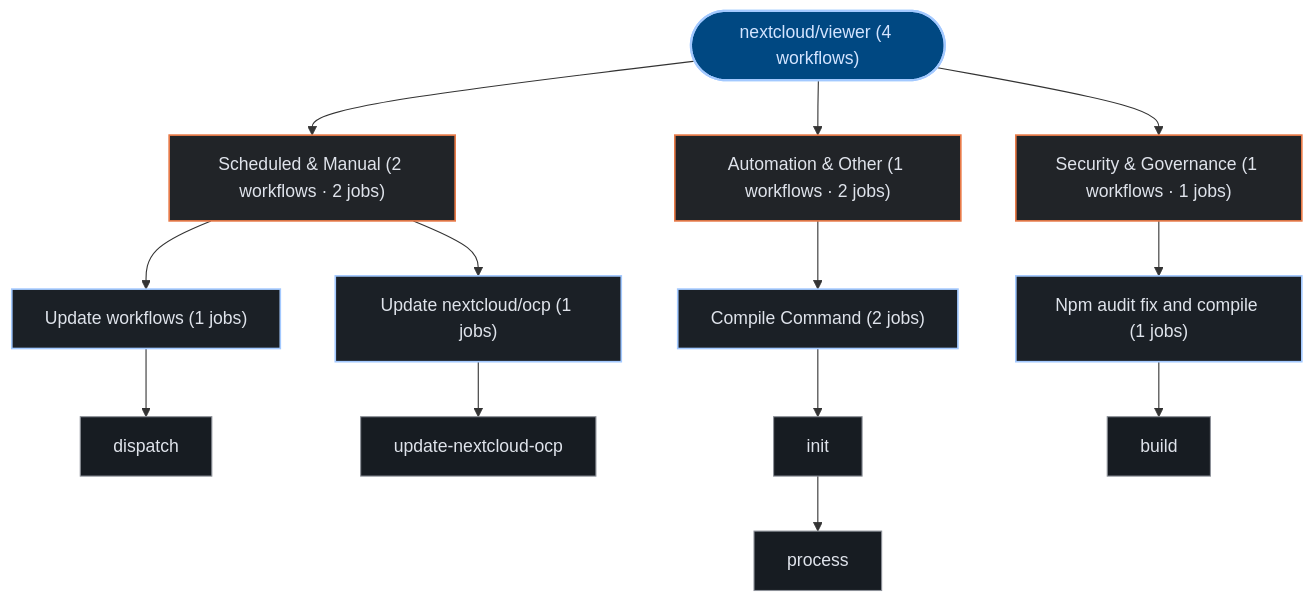
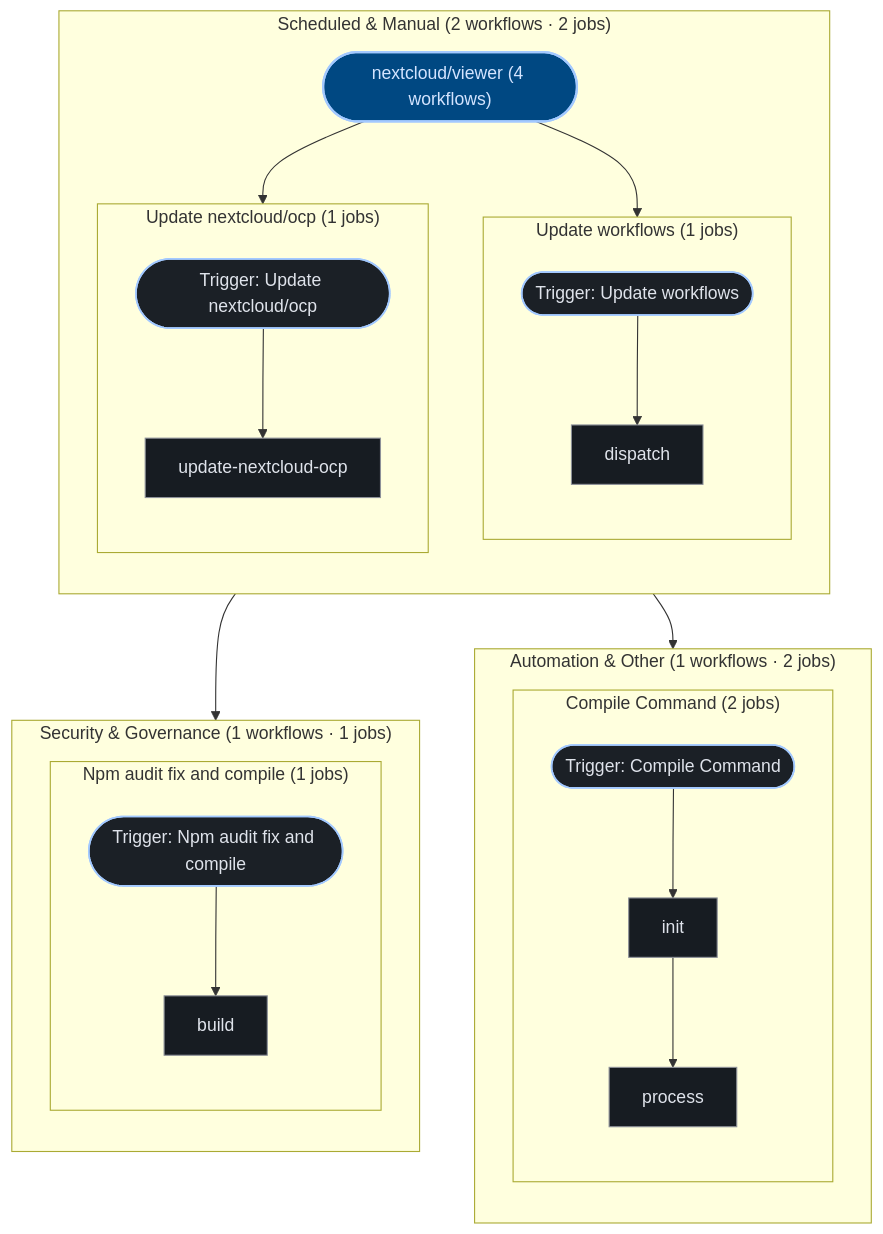
Before and after one commit to kumarshaz/atruss-code-atlas: the diagram in exports/latest/reports/nextcloud-viewer-report.md, drawn with Mermaid. The commit also changed 181 other files, not shown here.

````diff
--- a/exports/latest/reports/nextcloud-viewer-report.md
+++ b/exports/latest/reports/nextcloud-viewer-report.md
@@ -49,35 +49,50 @@
 ```mermaid
 graph TD;
   classDef atlasRoot fill:#004882,stroke:#a3c9ff,stroke-width:2px,color:#d3e4ff
   classDef atlasCategory fill:#212428,stroke:#E87A48,stroke-width:1.5px,color:#dfe3eb
   classDef atlasWorkflow fill:#1b2026,stroke:#a3c9ff,stroke-width:1.5px,color:#dfe3eb
   classDef atlasJob fill:#171c22,stroke:#8d9199,stroke-width:1px,color:#dfe3eb
   classDef atlasTarget fill:#005227,stroke:#8bd99b,stroke-width:1.5px,color:#a7f6b6
   classDef atlasAlert fill:#93000a,stroke:#ffb4ab,stroke-width:1.5px,color:#ffdad6
   classDef atlasMore fill:#252a31,stroke:#8d9199,stroke-dasharray:4 4,color:#c3c6cf
   pipeline_root(["nextcloud/viewer (4 workflows)"]):::atlasRoot
-  grp_0_Scheduled___Manual["Scheduled & Manual (2 workflows · 2 jobs)"]:::atlasCategory
-  pipeline_root --> grp_0_Scheduled___Manual
-  wf_2_Update_workflows["Update workflows (1 jobs)"]:::atlasWorkflow
-  grp_0_Scheduled___Manual --> wf_2_Update_workflows
-  job_2_dispatch["dispatch"]:::atlasJob
-  wf_2_Update_workflows --> job_2_dispatch
-  wf_3_Update_nextcloud_ocp["Update nextcloud/ocp (1 jobs)"]:::atlasWorkflow
-  grp_0_Scheduled___Manual --> wf_3_Update_nextcloud_ocp
-  job_3_update_nextcloud_ocp["update-nextcloud-ocp"]:::atlasJob
-  wf_3_Update_nextcloud_ocp --> job_3_update_nextcloud_ocp
-  grp_1_Automation___Other["Automation & Other (1 workflows · 2 jobs)"]:::atlasCategory
-  pipeline_root --> grp_1_Automation___Other
-  wf_0_Compile_Command["Compile Command (2 jobs)"]:::atlasWorkflow
-  grp_1_Automation___Other --> wf_0_Compile_Command
-  job_0_init["init"]:::atlasJob
-  job_0_process["process"]:::atlasJob
-  wf_0_Compile_Command --> job_0_init
-  job_0_init --> job_0_process
-  grp_2_Security___Governance["Security & Governance (1 workflows · 1 jobs)"]:::atlasCategory
-  pipeline_root --> grp_2_Security___Governance
-  wf_1_Npm_audit_fix_and_compile["Npm audit fix and compile (1 jobs)"]:::atlasWorkflow
-  grp_2_Security___Governance --> wf_1_Npm_audit_fix_and_compile
-  job_1_build["build"]:::atlasJob
-  wf_1_Npm_audit_fix_and_compile --> job_1_build
+  subgraph sg_grp_0_Scheduled___Manual["Scheduled & Manual (2 workflows · 2 jobs)"]
+    direction TB
+    subgraph sg_wf_2_Update_workflows["Update workflows (1 jobs)"]
+      direction TB
+      wf_2_Update_workflows(["Trigger: Update workflows"]):::atlasWorkflow
+      job_2_dispatch["dispatch"]:::atlasJob
+      wf_2_Update_workflows --> job_2_dispatch
+    end
+    pipeline_root --> wf_2_Update_workflows
+    subgraph sg_wf_3_Update_nextcloud_ocp["Update nextcloud/ocp (1 jobs)"]
+      direction TB
+      wf_3_Update_nextcloud_ocp(["Trigger: Update nextcloud/ocp"]):::atlasWorkflow
+      job_3_update_nextcloud_ocp["update-nextcloud-ocp"]:::atlasJob
+      wf_3_Update_nextcloud_ocp --> job_3_update_nextcloud_ocp
+    end
+    pipeline_root --> wf_3_Update_nextcloud_ocp
+  end
+  subgraph sg_grp_1_Automation___Other["Automation & Other (1 workflows · 2 jobs)"]
+    direction TB
+    subgraph sg_wf_0_Compile_Command["Compile Command (2 jobs)"]
+      direction TB
+      wf_0_Compile_Command(["Trigger: Compile Command"]):::atlasWorkflow
+      job_0_init["init"]:::atlasJob
+      job_0_process["process"]:::atlasJob
+      wf_0_Compile_Command --> job_0_init
+      job_0_init --> job_0_process
+    end
+    pipeline_root --> wf_0_Compile_Command
+  end
+  subgraph sg_grp_2_Security___Governance["Security & Governance (1 workflows · 1 jobs)"]
+    direction TB
+    subgraph sg_wf_1_Npm_audit_fix_and_compile["Npm audit fix and compile (1 jobs)"]
+      direction TB
+      wf_1_Npm_audit_fix_and_compile(["Trigger: Npm audit fix and compile"]):::atlasWorkflow
+      job_1_build["build"]:::atlasJob
+      wf_1_Npm_audit_fix_and_compile --> job_1_build
+    end
+    pipeline_root --> wf_1_Npm_audit_fix_and_compile
+  end
 ```
````
